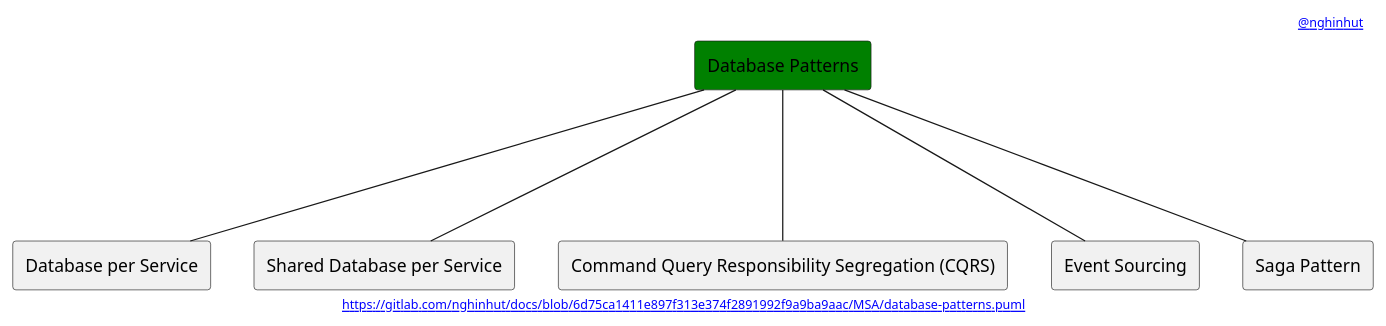
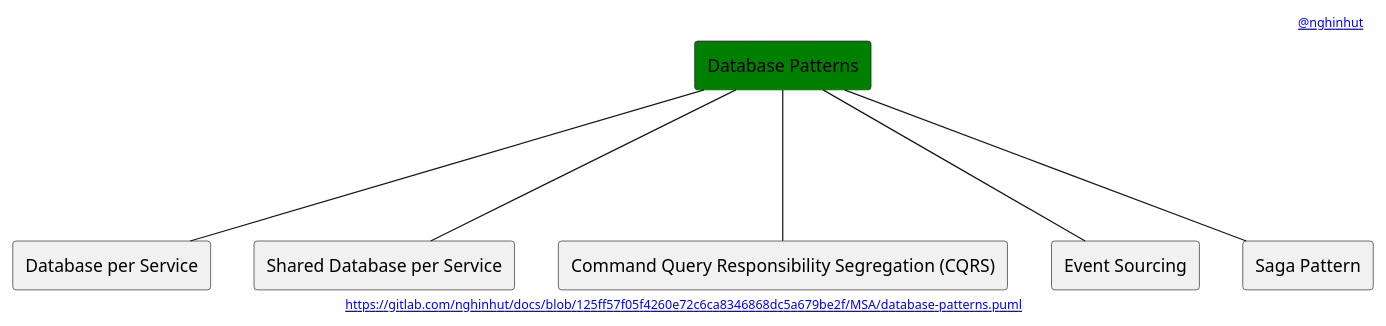
One commit to nghinhut/docs changed the diagram in MSA/database-patterns.puml. Above: the diagram before and after it, drawn with PlantUML. The commit also changed 22 other files, not shown here.

Commit message:
Update diagrams

```diff
--- a/MSA/database-patterns.puml
+++ b/MSA/database-patterns.puml
@@ -1,20 +1,20 @@
 @startuml
 '-----START auto generated metadata please keep comment here to allow auto update-----
 '-----DON'T EDIT THIS SECTION, INSTEAD RE-RUN prebuild.sh TO UPDATE-----
-header [[https://www.nghinhut.dev?from=http%5C%3A%5C%2F%5C%2Fwww%5C.plantuml%5C.com%5C%2Fplantuml%5C%2Fproxy%3Ffmt%3Dsvg%5C%26src%3Dhttps%5C%3A%5C%2F%5C%2Fgitlab%5C.com%5C%2Fnghinhut%5C%2Fdocs%5C%2Fraw%5C%2F6d75ca1411e897f313e374f2891992f9a9ba9aac%5C%2FMSA%5C%2Fdatabase-patterns%5C.puml%0A @nghinhut]]
-footer [[http://www.plantuml.com/plantuml/proxy?fmt=svg&src=https://gitlab.com/nghinhut/docs/raw/6d75ca1411e897f313e374f2891992f9a9ba9aac/MSA/database-patterns.puml https://gitlab.com/nghinhut/docs/blob/6d75ca1411e897f313e374f2891992f9a9ba9aac/MSA/database-patterns.puml]]
+header [[https://www.nghinhut.dev?from=http%5C%3A%5C%2F%5C%2Fwww%5C.plantuml%5C.com%5C%2Fplantuml%5C%2Fproxy%3Ffmt%3Dsvg%5C%26src%3Dhttps%5C%3A%5C%2F%5C%2Fgitlab%5C.com%5C%2Fnghinhut%5C%2Fdocs%5C%2Fraw%5C%2F125ff57f05f4260e72c6ca8346868dc5a679be2f%5C%2FMSA%5C%2Fdatabase-patterns%5C.puml%0A @nghinhut]]
+footer [[http://www.plantuml.com/plantuml/proxy?fmt=svg&src=https://gitlab.com/nghinhut/docs/raw/125ff57f05f4260e72c6ca8346868dc5a679be2f/MSA/database-patterns.puml https://gitlab.com/nghinhut/docs/blob/125ff57f05f4260e72c6ca8346868dc5a679be2f/MSA/database-patterns.puml]]
 '-----END auto generated metadata please keep comment here to allow auto update-----
 
 rectangle "Database Patterns" as Database #green
 
 rectangle "Database per Service" as DatabaseP1
 rectangle "Shared Database per Service" as DatabaseP2
 rectangle "Command Query Responsibility Segregation (CQRS)" as DatabaseP3
 rectangle "Event Sourcing" as DatabaseP4
 rectangle "Saga Pattern" as DatabaseP5
 Database --- DatabaseP1
 Database --- DatabaseP2
 Database --- DatabaseP3
 Database --- DatabaseP4
 Database --- DatabaseP5
 @enduml
```
